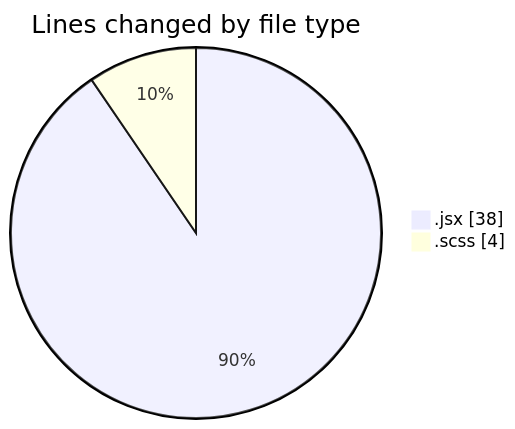
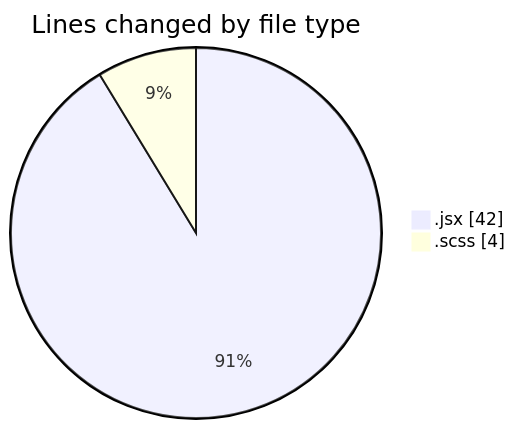
The first of 2 diagrams in 2025-06-04/cda/README.md (momahboobian/code-tracking), drawn with Mermaid before and after one commit. The commit also changed other lines of this file and 1 other file, not shown here.

````diff
--- a/2025-06-04/cda/README.md
+++ b/2025-06-04/cda/README.md
@@ -22,6 +22,6 @@
 ```mermaid
 pie showData
 title Lines changed by file type
-".jsx" : 38
+".jsx" : 42
 ".scss" : 4
 ```
````
